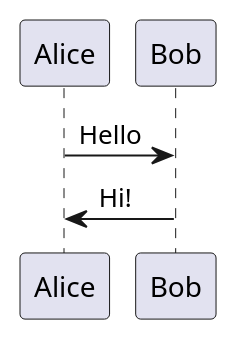
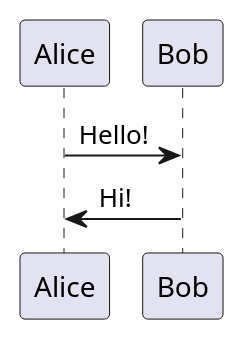
One commit to DevCTx/Model_View_Architectures changed the diagram in 4_Model_View_Controller/test.md. Above: the diagram before and after it, drawn with PlantUML.

````diff
--- a/4_Model_View_Controller/test.md
+++ b/4_Model_View_Controller/test.md
@@ -5,8 +5,8 @@
 ```plantuml
 @startuml firstDiagram
 
-Alice -> Bob: Hello
+Alice -> Bob: Hello!
 Bob -> Alice: Hi!
 		
 @enduml
 ```
````
